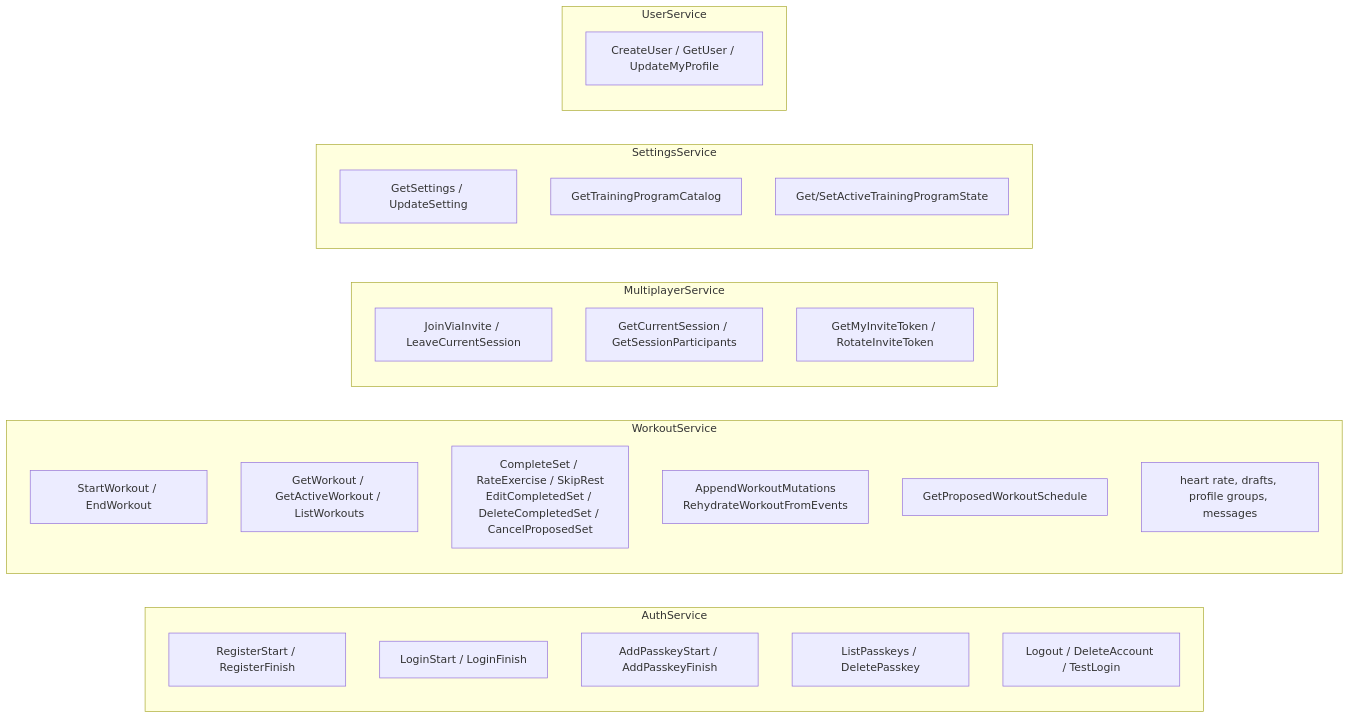
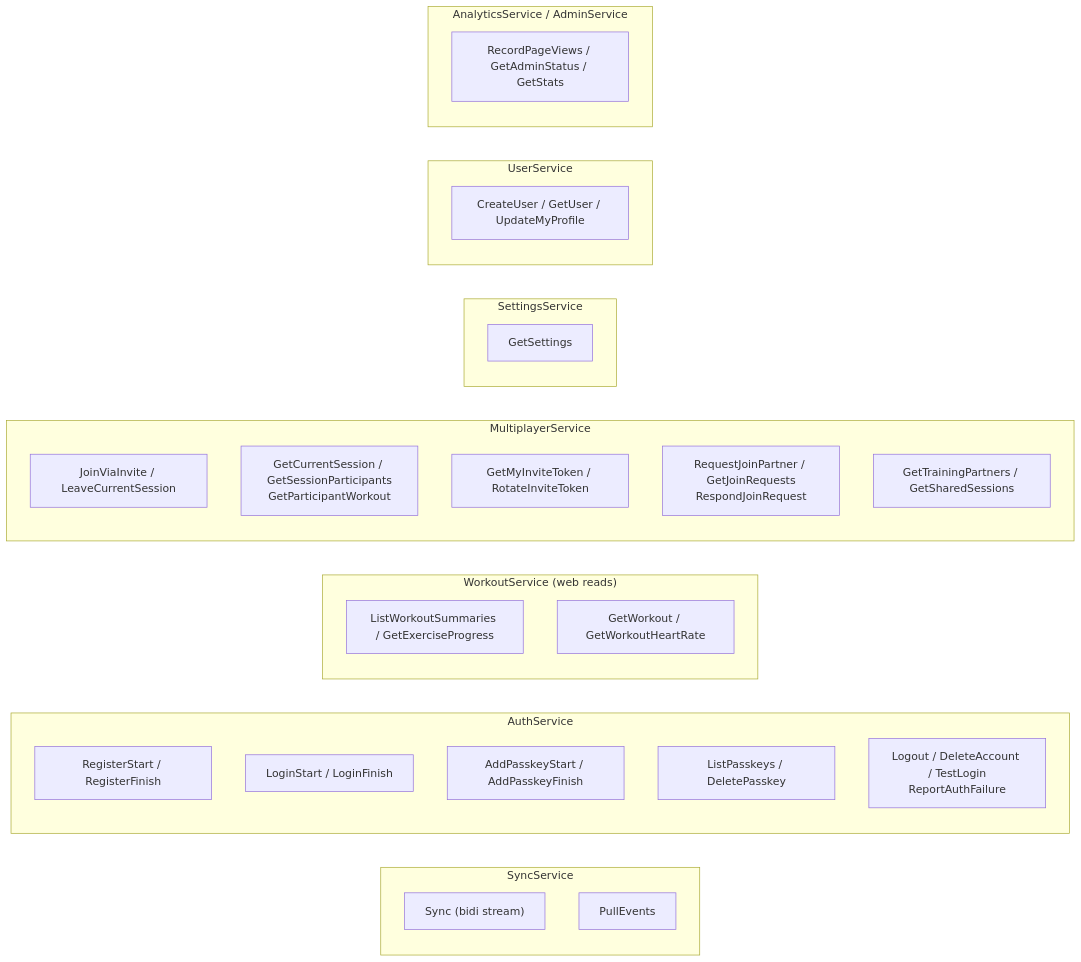
Before and after one commit to brensch/lift: the third of 3 diagrams in docs/architecture/backend.md, drawn with Mermaid. The commit also changed other lines of this file and 214 other files, not shown here.

````diff
--- a/docs/architecture/backend.md
+++ b/docs/architecture/backend.md
@@ -137,31 +148,34 @@
 ```mermaid
 graph LR
+    subgraph "SyncService"
+        y1["Sync (bidi stream)"]
+        y2["PullEvents"]
+    end
     subgraph "AuthService"
         a1["RegisterStart / RegisterFinish"]
         a2["LoginStart / LoginFinish"]
         a3["AddPasskeyStart / AddPasskeyFinish"]
         a4["ListPasskeys / DeletePasskey"]
-        a5["Logout / DeleteAccount / TestLogin"]
+        a5["Logout / DeleteAccount / TestLogin<br/>ReportAuthFailure"]
     end
-    subgraph "WorkoutService"
-        w1["StartWorkout / EndWorkout"]
-        w2["GetWorkout / GetActiveWorkout / ListWorkouts"]
-        w3["CompleteSet / RateExercise / SkipRest<br/>EditCompletedSet / DeleteCompletedSet / CancelProposedSet"]
-        w4["AppendWorkoutMutations<br/>RehydrateWorkoutFromEvents"]
-        w5["GetProposedWorkoutSchedule"]
-        w6["heart rate, drafts, profile groups, messages"]
+    subgraph "WorkoutService (web reads)"
+        w1["ListWorkoutSummaries / GetExerciseProgress"]
+        w2["GetWorkout / GetWorkoutHeartRate"]
     end
     subgraph "MultiplayerService"
         m1["JoinViaInvite / LeaveCurrentSession"]
-        m2["GetCurrentSession / GetSessionParticipants"]
+        m2["GetCurrentSession / GetSessionParticipants<br/>GetParticipantWorkout"]
         m3["GetMyInviteToken / RotateInviteToken"]
+        m4["RequestJoinPartner / GetJoinRequests<br/>RespondJoinRequest"]
+        m5["GetTrainingPartners / GetSharedSessions"]
     end
     subgraph "SettingsService"
-        s1["GetSettings / UpdateSetting"]
-        s2["GetTrainingProgramCatalog"]
-        s3["Get/SetActiveTrainingProgramState"]
+        s1["GetSettings"]
     end
     subgraph "UserService"
         u1["CreateUser / GetUser / UpdateMyProfile"]
     end
+    subgraph "AnalyticsService / AdminService"
+        x1["RecordPageViews / GetAdminStatus / GetStats"]
+    end
 ```
````
